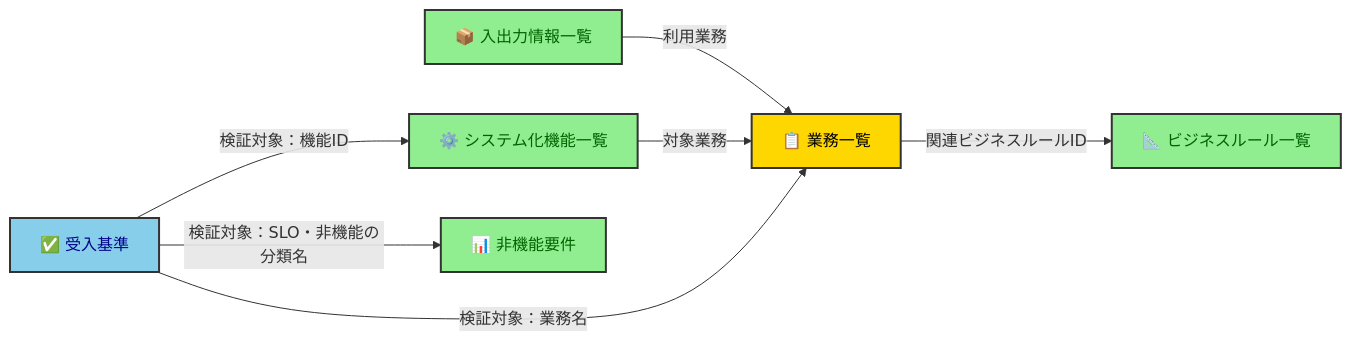
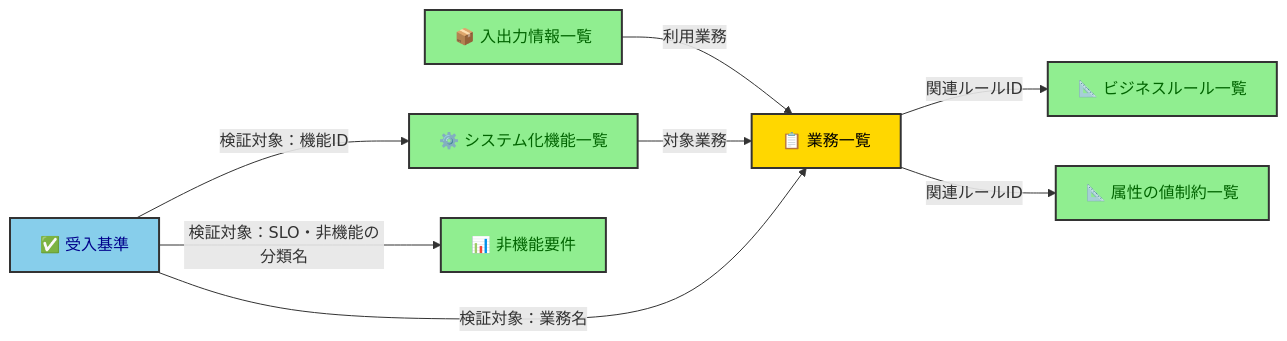
The diagram in docs/policy/requirements-doc-policy.md (kasiopeiya/claude-dev-template), drawn with Mermaid before and after one commit. The commit also changed other lines of this file and 4 other files, not shown here.

````diff
--- a/docs/policy/requirements-doc-policy.md
+++ b/docs/policy/requirements-doc-policy.md
@@ -185,17 +185,18 @@
 ```mermaid
 flowchart LR
     IO[📦 入出力情報一覧] -->|利用業務| Gyomu[📋 業務一覧]
     Func[⚙️ システム化機能一覧] -->|対象業務| Gyomu
-    Gyomu -->|関連ビジネスルールID| Rule[📐 ビジネスルール一覧]
+    Gyomu -->|関連ルールID| Rule[📐 ビジネスルール一覧]
+    Gyomu -->|関連ルールID| Attr[📐 属性の値制約一覧]
     Accept[✅ 受入基準] -->|検証対象：業務名| Gyomu
     Accept -->|検証対象：機能ID| Func
     Accept -->|検証対象：SLO・非機能の分類名| NF[📊 非機能要件]
 
     classDef hub fill:#FFD700,stroke:#333,stroke-width:2px,color:black
     classDef table fill:#90EE90,stroke:#333,stroke-width:2px,color:darkgreen
     classDef verify fill:#87CEEB,stroke:#333,stroke-width:2px,color:darkblue
 
     class Gyomu hub
-    class IO,Func,Rule,NF table
+    class IO,Func,Rule,Attr,NF table
     class Accept verify
 ```
````
